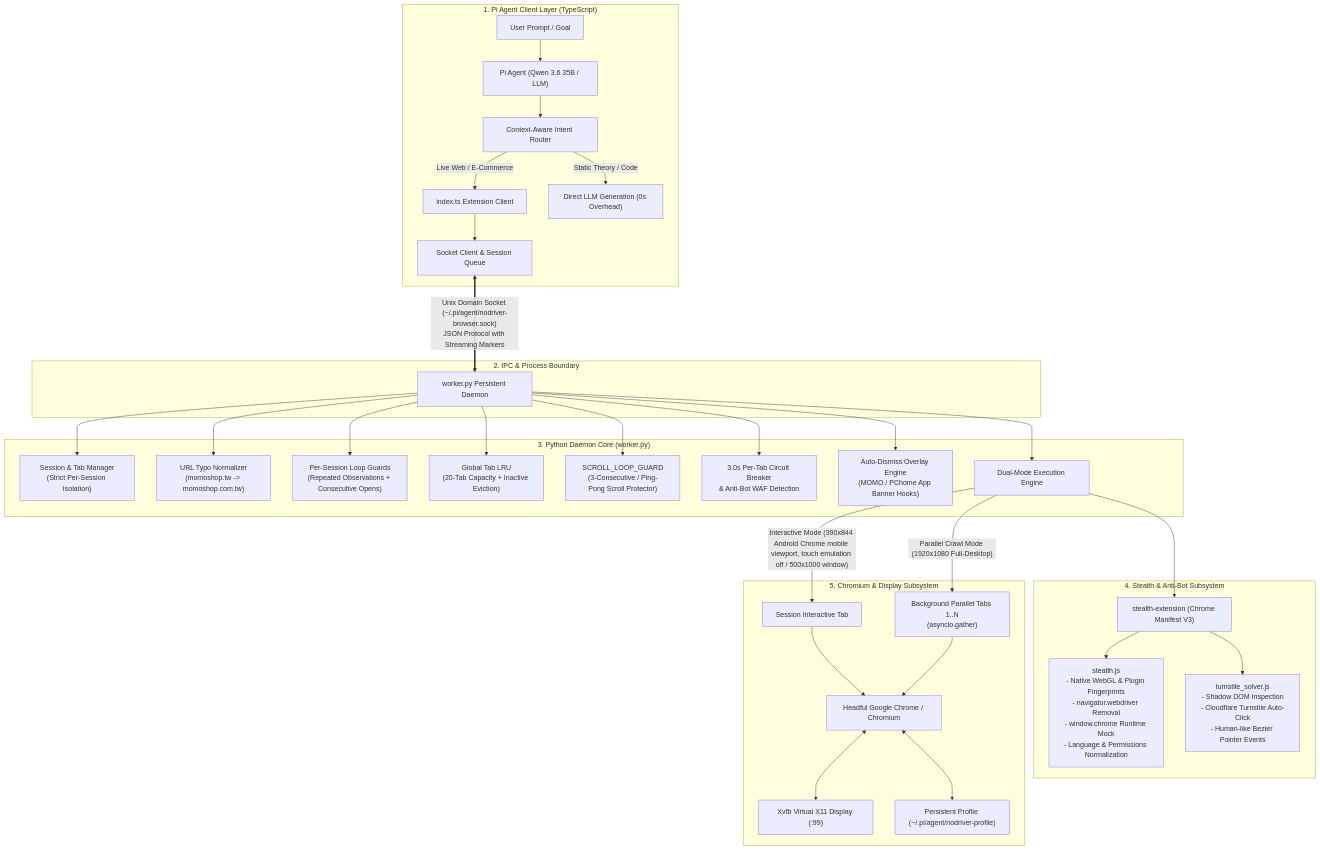
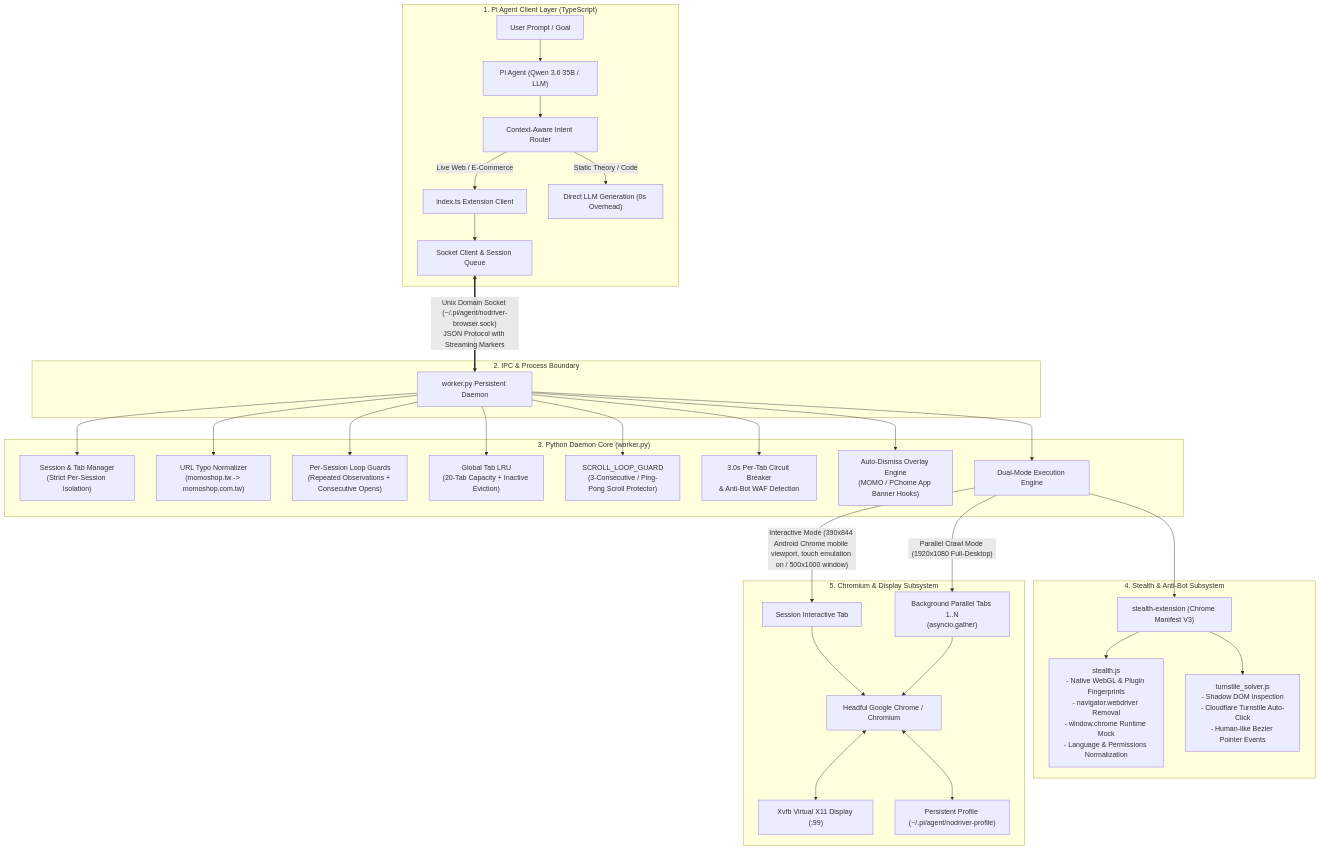
Before and after one commit to AyaSakura-comp/pi-nodriver-browser: the first of 5 diagrams in README.md, drawn with Mermaid. The commit also changed other lines of this file and 9 other files, not shown here.

````diff
--- a/README.md
+++ b/README.md
@@ -24,40 +24,40 @@
 ```mermaid
 flowchart TB
     subgraph ClientLayer["1. Pi Agent Client Layer (TypeScript)"]
         UI["User Prompt / Goal"] --> AGENT["Pi Agent (Qwen 3.6 35B / LLM)"]
         AGENT --> ROUTER["Context-Aware Intent Router"]
         ROUTER -->|"Live Web / E-Commerce"| EXT["index.ts Extension Client"]
         ROUTER -->|"Static Theory / Code"| DIRECT["Direct LLM Generation (0s Overhead)"]
         EXT --> IPC_CLIENT["Socket Client & Session Queue"]
     end
 
     subgraph IPCLayer["2. IPC & Process Boundary"]
         IPC_CLIENT <==>|"Unix Domain Socket (~/.pi/agent/nodriver-browser.sock)\nJSON Protocol with Streaming Markers"| DAEMON["worker.py Persistent Daemon"]
     end
 
     subgraph DaemonLayer["3. Python Daemon Core (worker.py)"]
         DAEMON --> SESSIONS["Session & Tab Manager\n(Strict Per-Session Isolation)"]
         DAEMON --> URL_NORM["URL Typo Normalizer\n(momoshop.tw -> momoshop.com.tw)"]
         DAEMON --> GUARD["Per-Session Loop Guards\n(Repeated Observations + Consecutive Opens)"]
         DAEMON --> TAB_LRU["Global Tab LRU\n(20-Tab Capacity + Inactive Eviction)"]
         DAEMON --> SCROLL_GUARD["SCROLL_LOOP_GUARD\n(3-Consecutive / Ping-Pong Scroll Protector)"]
         DAEMON --> BREAKER["3.0s Per-Tab Circuit Breaker\n& Anti-Bot WAF Detection"]
         DAEMON --> AUTO_DISMISS["Auto-Dismiss Overlay Engine\n(MOMO / PChome App Banner Hooks)"]
         DAEMON --> ENGINE["Dual-Mode Execution Engine"]
     end
 
     subgraph StealthLayer["4. Stealth & Anti-Bot Subsystem"]
         ENGINE --> STEALTH_EXT["stealth-extension (Chrome Manifest V3)"]
         STEALTH_EXT --> S_STEALTH["stealth.js\n- Native WebGL & Plugin Fingerprints\n- navigator.webdriver Removal\n- window.chrome Runtime Mock\n- Language & Permissions Normalization"]
         STEALTH_EXT --> S_SOLVER["turnstile_solver.js\n- Shadow DOM Inspection\n- Cloudflare Turnstile Auto-Click\n- Human-like Bezier Pointer Events"]
     end
 
     subgraph BrowserLayer["5. Chromium & Display Subsystem"]
-        ENGINE -->|"Interactive Mode (390x844 Android Chrome mobile viewport, touch emulation off / 500x1000 window)"| TAB_ACTIVE["Session Interactive Tab"]
+        ENGINE -->|"Interactive Mode (390x844 Android Chrome mobile viewport, touch emulation on / 500x1000 window)"| TAB_ACTIVE["Session Interactive Tab"]
         ENGINE -->|"Parallel Crawl Mode (1920x1080 Full-Desktop)"| TABS_POOL["Background Parallel Tabs 1..N\n(asyncio.gather)"]
         TAB_ACTIVE --> CHROME["Headful Google Chrome / Chromium"]
         TABS_POOL --> CHROME
         CHROME <--> XVFB["Xvfb Virtual X11 Display (:99)"]
         CHROME <--> PROFILE["Persistent Profile (~/.pi/agent/nodriver-profile)"]
     end
 ```
````
